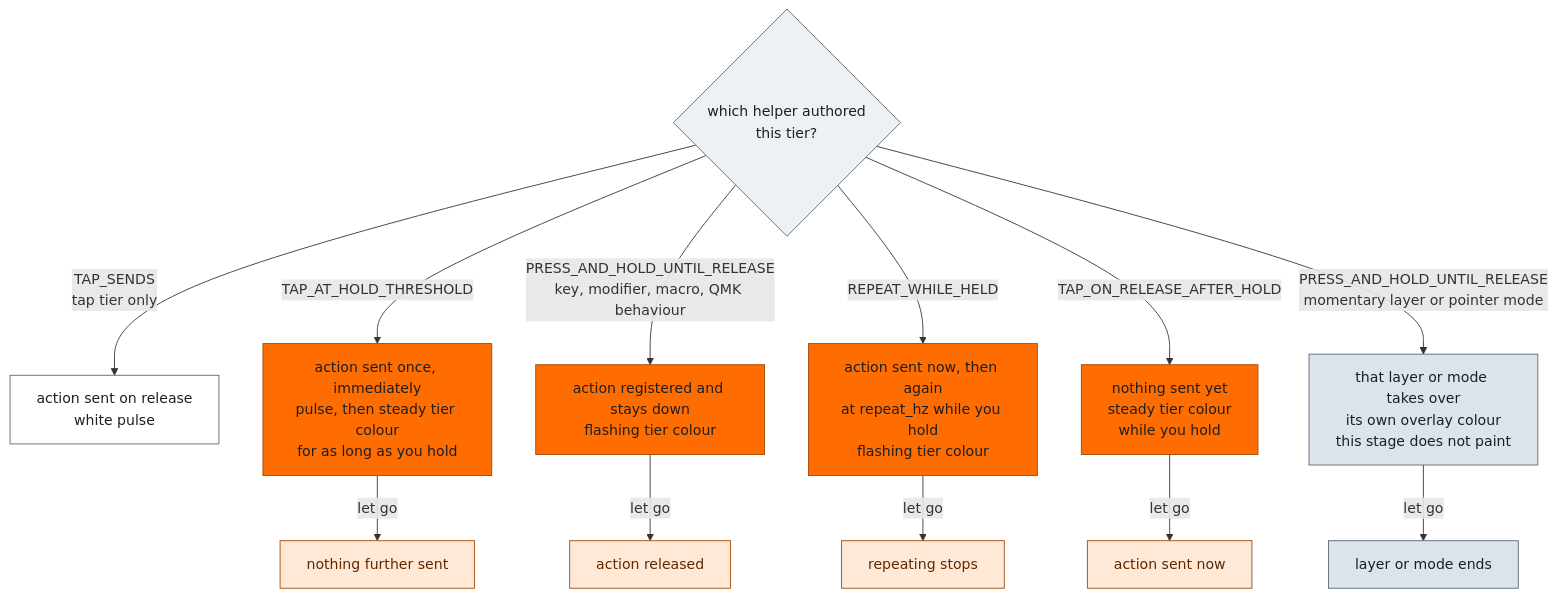
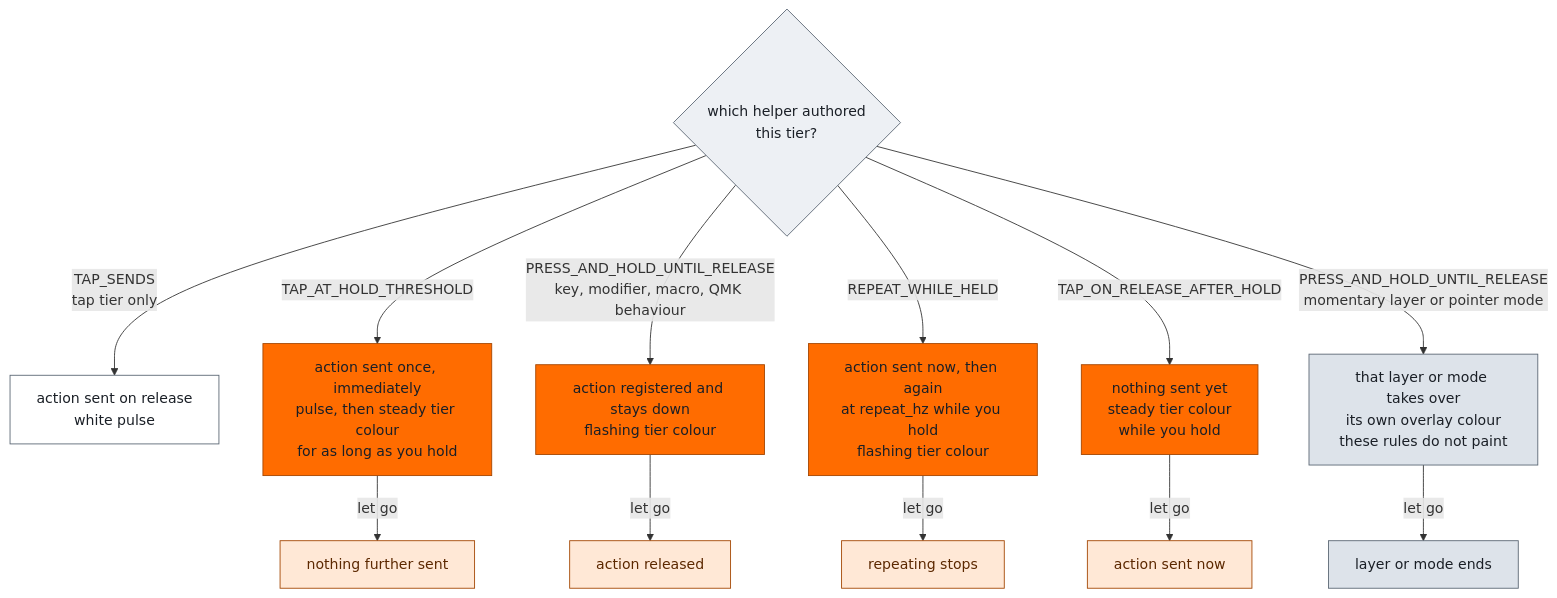
Before and after one commit to NoahCLR/charybdis-4x6: the fifth of 5 diagrams in docs/rgbflow.md, drawn with Mermaid. The commit also changed other lines of this file and 26 other files, not shown here.

````diff
--- a/docs/rgbflow.md
+++ b/docs/rgbflow.md
@@ -213,34 +216,34 @@
 ```mermaid
 flowchart TD
     T{"which helper authored<br>this tier?"}
 
     T -->|"TAP_SENDS<br>tap tier only"| S1["action sent on release<br>white pulse"]
 
     T -->|"TAP_AT_HOLD_THRESHOLD"| A1["action sent once, immediately<br>pulse, then steady tier colour<br>for as long as you hold"]
     A1 -->|"let go"| A2["nothing further sent"]
 
     T -->|"PRESS_AND_HOLD_UNTIL_RELEASE<br>key, modifier, macro, QMK behaviour"| B1["action registered and stays down<br>flashing tier colour"]
     B1 -->|"let go"| B2["action released"]
 
     T -->|"REPEAT_WHILE_HELD"| D1["action sent now, then again<br>at repeat_hz while you hold<br>flashing tier colour"]
     D1 -->|"let go"| D2["repeating stops"]
 
     T -->|"TAP_ON_RELEASE_AFTER_HOLD"| E1["nothing sent yet<br>steady tier colour<br>while you hold"]
     E1 -->|"let go"| E2["action sent now"]
 
-    T -->|"PRESS_AND_HOLD_UNTIL_RELEASE<br>momentary layer or pointer mode"| C1["that layer or mode takes over<br>its own overlay colour<br>this stage does not paint"]
+    T -->|"PRESS_AND_HOLD_UNTIL_RELEASE<br>momentary layer or pointer mode"| C1["that layer or mode takes over<br>its own overlay colour<br>these rules do not paint"]
     C1 -->|"let go"| C2["layer or mode ends"]
 
     style T fill:#EDF0F4,stroke:#5A6673,color:#1A1F26
     style S1 fill:#FFFFFF,stroke:#5A6673,color:#1A1F26
     style A1 fill:#FF6C00,stroke:#A34500,color:#1A1F26
     style B1 fill:#FF6C00,stroke:#A34500,color:#1A1F26
     style D1 fill:#FF6C00,stroke:#A34500,color:#1A1F26
     style E1 fill:#FF6C00,stroke:#A34500,color:#1A1F26
     style C1 fill:#DDE3EA,stroke:#5A6673,color:#1A1F26
     style A2 fill:#FFE8D6,stroke:#A34500,color:#5C2800
     style B2 fill:#FFE8D6,stroke:#A34500,color:#5C2800
     style D2 fill:#FFE8D6,stroke:#A34500,color:#5C2800
     style E2 fill:#FFE8D6,stroke:#A34500,color:#5C2800
     style C2 fill:#DDE3EA,stroke:#5A6673,color:#1A1F26
 ```
````
